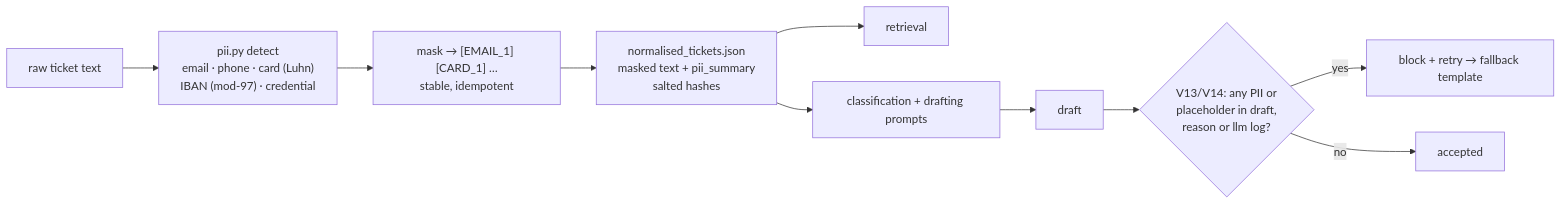
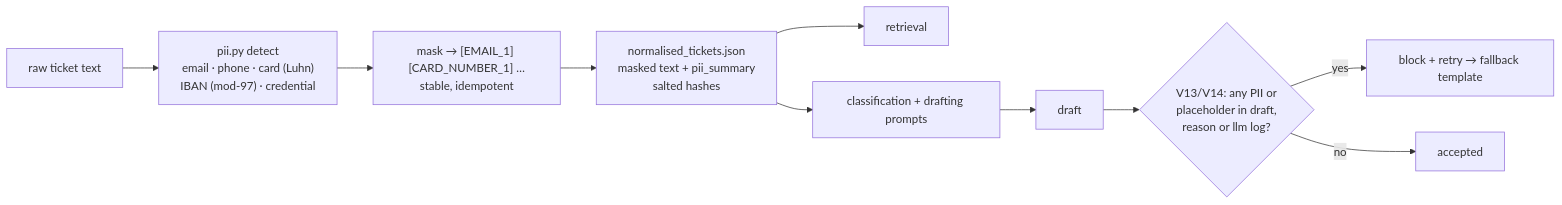
Before and after one commit to nadeemcite/support-ticket-pipeline: diagram 12 of 13 in DESIGN.md, drawn with Mermaid. The commit also changed other lines of this file and 13 other files, not shown here.

````diff
--- a/DESIGN.md
+++ b/DESIGN.md
@@ -506,12 +506,12 @@
 ```mermaid
 flowchart LR
     RAW[raw ticket text] --> DET["pii.py detect<br/>email · phone · card (Luhn)<br/>IBAN (mod-97) · credential"]
-    DET --> MASK["mask → [EMAIL_1] [CARD_1] …<br/>stable, idempotent"]
+    DET --> MASK["mask → [EMAIL_1] [CARD_NUMBER_1] …<br/>stable, idempotent"]
     MASK --> NT[normalised_tickets.json<br/>masked text + pii_summary<br/>salted hashes]
     NT --> RET[retrieval]
     NT --> LLM[classification + drafting prompts]
     LLM --> DRAFT[draft]
     DRAFT --> LEAK{"V13/V14: any PII or<br/>placeholder in draft,<br/>reason or llm log?"}
     LEAK -->|yes| BLOCK[block + retry → fallback template]
     LEAK -->|no| OK[accepted]
 ```
````
